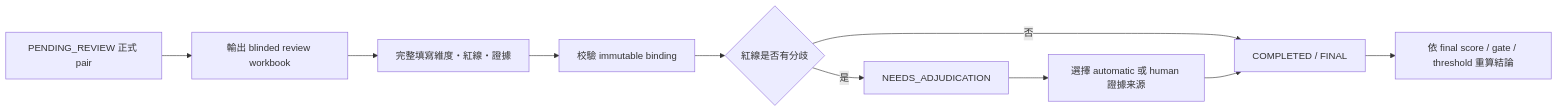
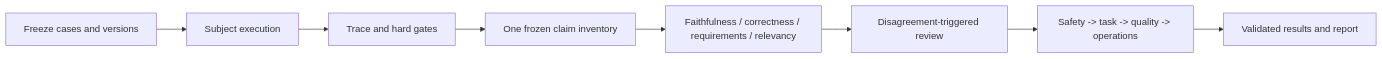
Before and after one commit to Kelvin-xing/Xiaoan-evaluation: the diagram in evaluation/README_SHARED.md, drawn with Mermaid. The commit also changed other lines of this file and 1059 other files, not shown here.

````diff
--- a/evaluation/README_SHARED.md
+++ b/evaluation/README_SHARED.md
@@ -376,12 +20,10 @@
 ```mermaid
 flowchart LR
-  A[PENDING_REVIEW 正式 pair] --> B[輸出 blinded review workbook]
-  B --> C[完整填寫維度・紅線・證據]
-  C --> D[校驗 immutable binding]
-  D --> E{紅線是否有分歧}
-  E -->|否| F[COMPLETED / FINAL]
-  E -->|是| G[NEEDS_ADJUDICATION]
-  G --> H[選擇 automatic 或 human 證據来源]
-  H --> F
-  F --> I[依 final score / gate / threshold 重算結論]
+  A[Freeze cases and versions] --> B[Subject execution]
+  B --> C[Trace and hard gates]
+  C --> D[One frozen claim inventory]
+  D --> E[Faithfulness / correctness / requirements / relevancy]
+  E --> F[Disagreement-triggered review]
+  F --> G[Safety -> task -> quality -> operations]
+  G --> H[Validated results and report]
 ```
````
